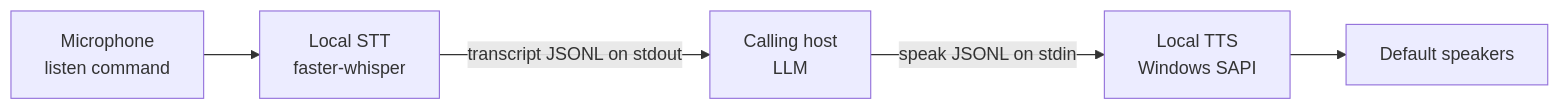
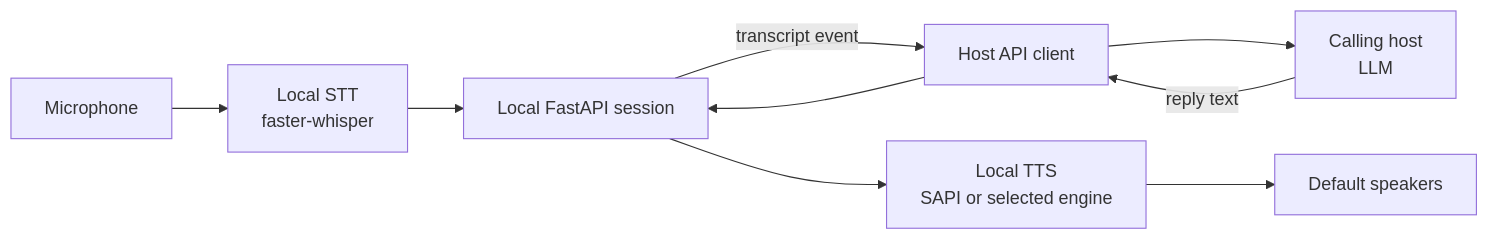
Before and after one commit to mameen/AlienVox: the diagram in .agents/SKILLS/alien_conv/SKILL.md, drawn with Mermaid. The commit also changed other lines of this file and 8 other files, not shown here.

````diff
--- a/.agents/SKILLS/alien_conv/SKILL.md
+++ b/.agents/SKILLS/alien_conv/SKILL.md
@@ -32,7 +47,11 @@
 ```mermaid
 flowchart LR
-    Mic[Microphone<br/>listen command] --> STT[Local STT<br/>faster-whisper]
-    STT -->|transcript JSONL on stdout| Host[Calling host<br/>LLM]
-    Host -->|speak JSONL on stdin| TTS[Local TTS<br/>Windows SAPI]
+    Mic[Microphone] --> STT[Local STT<br/>faster-whisper]
+    STT --> API[Local FastAPI session]
+    API -->|transcript event| Adapter[Host API client]
+    Adapter --> Host[Calling host<br/>LLM]
+    Host -->|reply text| Adapter
+    Adapter --> API
+    API --> TTS[Local TTS<br/>SAPI or selected engine]
     TTS --> Speaker[Default speakers]
 ```
````
